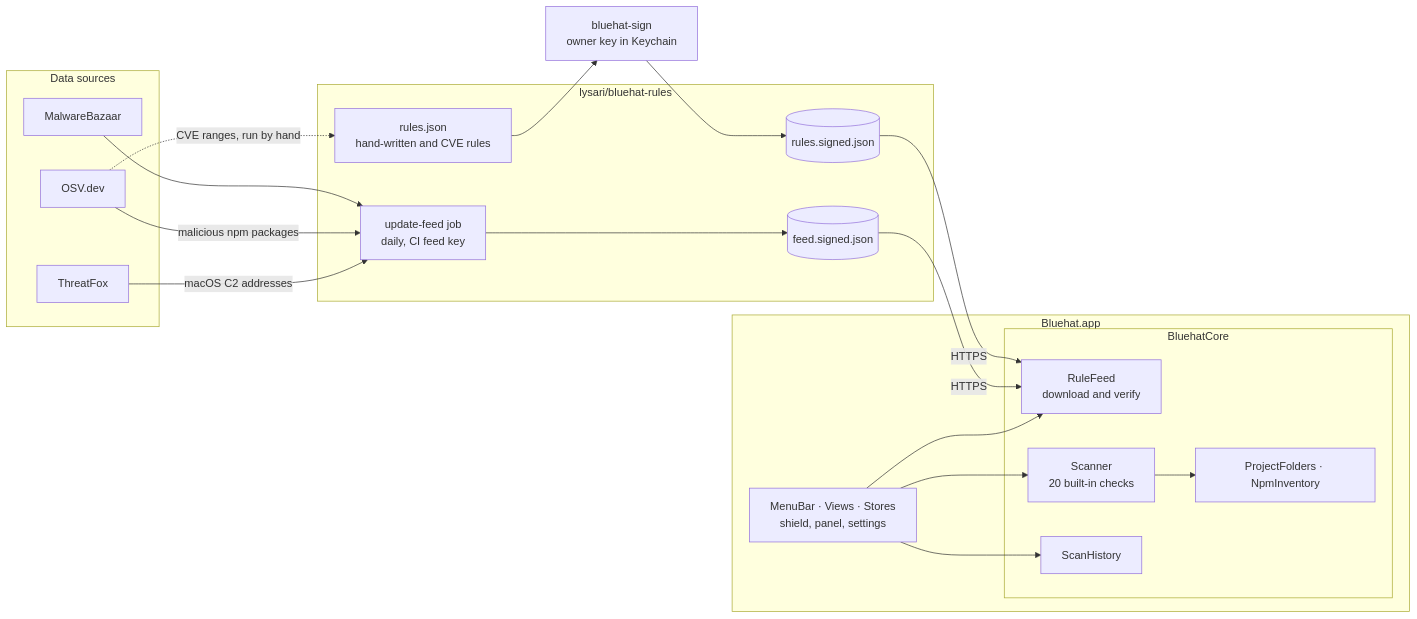
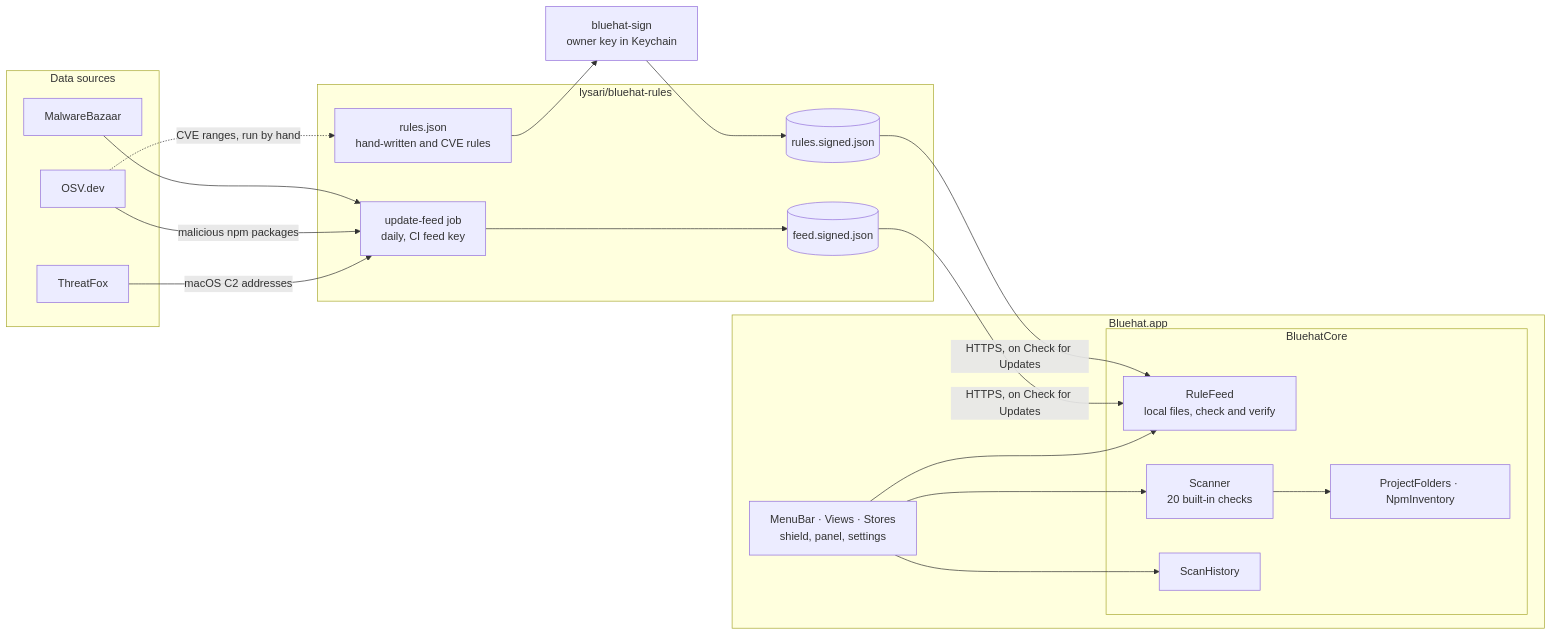
The diagram in README.md (lysari/bluehat), drawn with Mermaid before and after one commit. The commit also changed other lines of this file and 33 other files, not shown here.

First line of the commit message:
Refactor RuleFeedTests and update related functionality

````diff
--- a/README.md
+++ b/README.md
@@ -213,36 +246,36 @@
 ```mermaid
 flowchart LR
     subgraph Sources["Data sources"]
         MB["MalwareBazaar"]
         OSV["OSV.dev"]
         TF["ThreatFox"]
     end
     subgraph RulesRepo["lysari/bluehat-rules"]
         RJ["rules.json<br/>hand-written and CVE rules"]
         CI["update-feed job<br/>daily, CI feed key"]
         RS[("rules.signed.json")]
         FS[("feed.signed.json")]
     end
     Sign["bluehat-sign<br/>owner key in Keychain"]
     subgraph App["Bluehat.app"]
         UI["MenuBar · Views · Stores<br/>shield, panel, settings"]
         subgraph Core["BluehatCore"]
-            Feed["RuleFeed<br/>download and verify"]
+            Feed["RuleFeed<br/>local files, check and verify"]
             Scan["Scanner<br/>20 built-in checks"]
             Inv["ProjectFolders · NpmInventory"]
             Hist["ScanHistory"]
         end
     end
     MB --> CI
     OSV -->|malicious npm packages| CI
     TF -->|macOS C2 addresses| CI
     OSV -.->|CVE ranges, run by hand| RJ
     CI --> FS
     RJ --> Sign --> RS
-    RS -->|HTTPS| Feed
-    FS -->|HTTPS| Feed
+    RS -->|HTTPS, on Check for Updates| Feed
+    FS -->|HTTPS, on Check for Updates| Feed
     UI --> Feed
     UI --> Scan
     UI --> Hist
     Scan --> Inv
 ```
````
